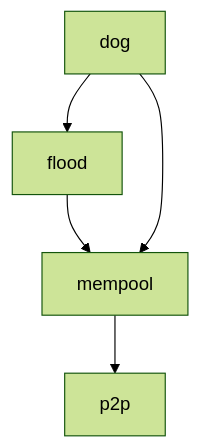
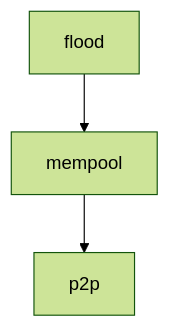
One commit to cometbft/cometbft changed the diagram in spec/mempool/gossip/README.md. Above: the diagram before and after it, drawn with Mermaid (forest theme). The commit also changed other lines of this file and 1 other file, not shown here.

Commit message:
remove dog

````diff
--- a/spec/mempool/gossip/README.md
+++ b/spec/mempool/gossip/README.md
@@ -43,6 +31,4 @@
 ```mermaid
 flowchart TB
     flood --> mempool --> p2p;
-    dog --> flood;
-    dog --> mempool;
 ```
````
